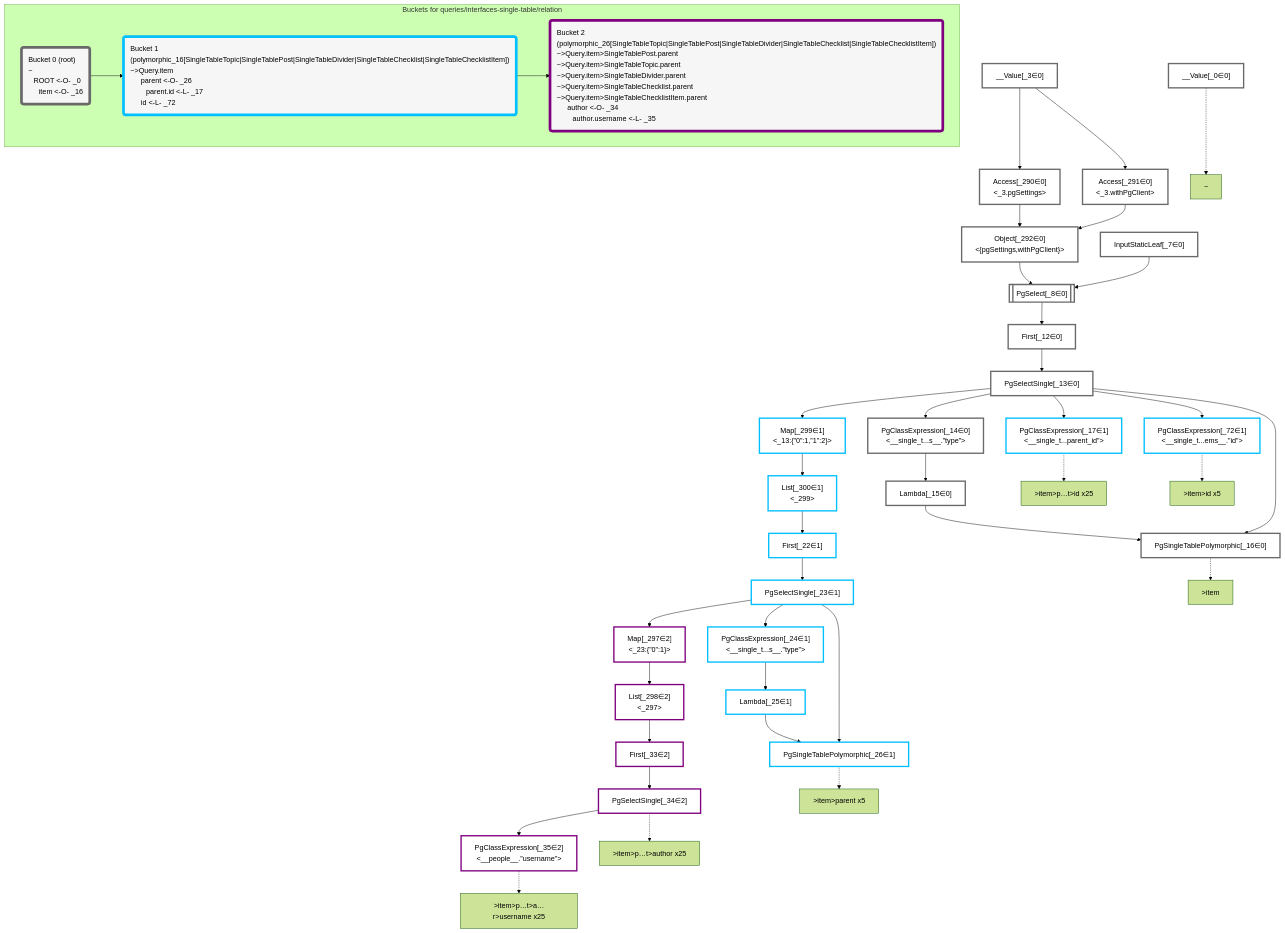
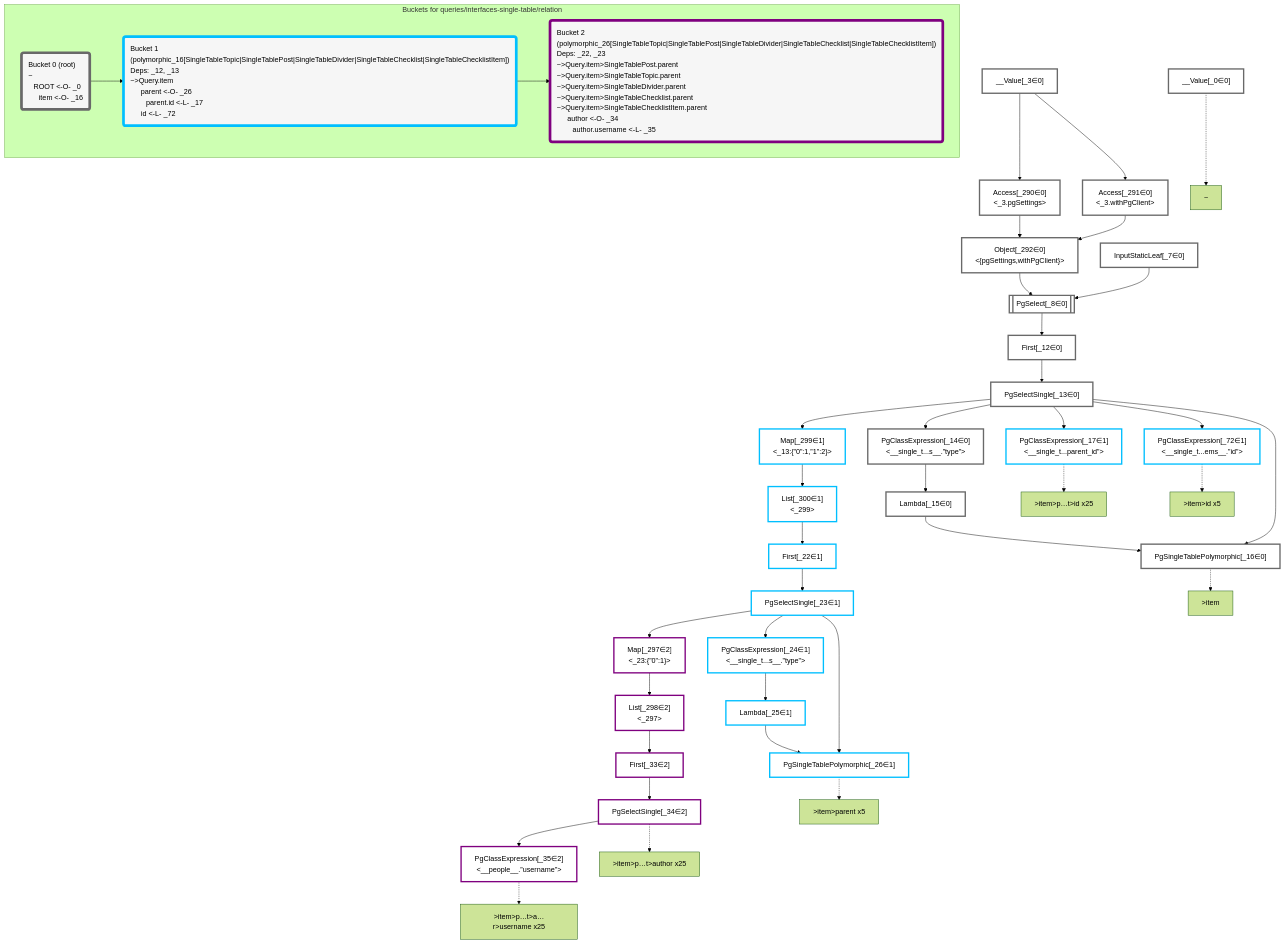
One commit to graphile/crystal changed the diagram in packages/dataplan-pg/__tests__/queries/interfaces-single-table/relation.mermaid.md. Above: the diagram before and after it, drawn with Mermaid (forest theme). The commit also changed 157 other files, not shown here.

Commit message:
Add deps to all query snapshots

```diff
--- a/packages/dataplan-pg/__tests__/queries/interfaces-single-table/relation.mermaid.md
+++ b/packages/dataplan-pg/__tests__/queries/interfaces-single-table/relation.mermaid.md
@@ -91,10 +91,10 @@
     subgraph "Buckets for queries/interfaces-single-table/relation"
     Bucket0("Bucket 0 (root)<br />~<br />⠀ROOT <-O- _0<br />⠀⠀item <-O- _16"):::bucket
     style Bucket0 stroke:#696969
-    Bucket1("Bucket 1 (polymorphic_16[SingleTableTopic|SingleTablePost|SingleTableDivider|SingleTableChecklist|SingleTableChecklistItem])<br />~>Query.item<br />⠀⠀parent <-O- _26<br />⠀⠀⠀parent.id <-L- _17<br />⠀⠀id <-L- _72"):::bucket
+    Bucket1("Bucket 1 (polymorphic_16[SingleTableTopic|SingleTablePost|SingleTableDivider|SingleTableChecklist|SingleTableChecklistItem])<br />Deps: _12, _13<br />~>Query.item<br />⠀⠀parent <-O- _26<br />⠀⠀⠀parent.id <-L- _17<br />⠀⠀id <-L- _72"):::bucket
     style Bucket1 stroke:#00bfff
     Bucket0 --> Bucket1
-    Bucket2("Bucket 2 (polymorphic_26[SingleTableTopic|SingleTablePost|SingleTableDivider|SingleTableChecklist|SingleTableChecklistItem])<br />~>Query.item>SingleTablePost.parent<br />~>Query.item>SingleTableTopic.parent<br />~>Query.item>SingleTableDivider.parent<br />~>Query.item>SingleTableChecklist.parent<br />~>Query.item>SingleTableChecklistItem.parent<br />⠀⠀author <-O- _34<br />⠀⠀⠀author.username <-L- _35"):::bucket
+    Bucket2("Bucket 2 (polymorphic_26[SingleTableTopic|SingleTablePost|SingleTableDivider|SingleTableChecklist|SingleTableChecklistItem])<br />Deps: _22, _23<br />~>Query.item>SingleTablePost.parent<br />~>Query.item>SingleTableTopic.parent<br />~>Query.item>SingleTableDivider.parent<br />~>Query.item>SingleTableChecklist.parent<br />~>Query.item>SingleTableChecklistItem.parent<br />⠀⠀author <-O- _34<br />⠀⠀⠀author.username <-L- _35"):::bucket
     style Bucket2 stroke:#7f007f
     Bucket1 --> Bucket2
     end
```
